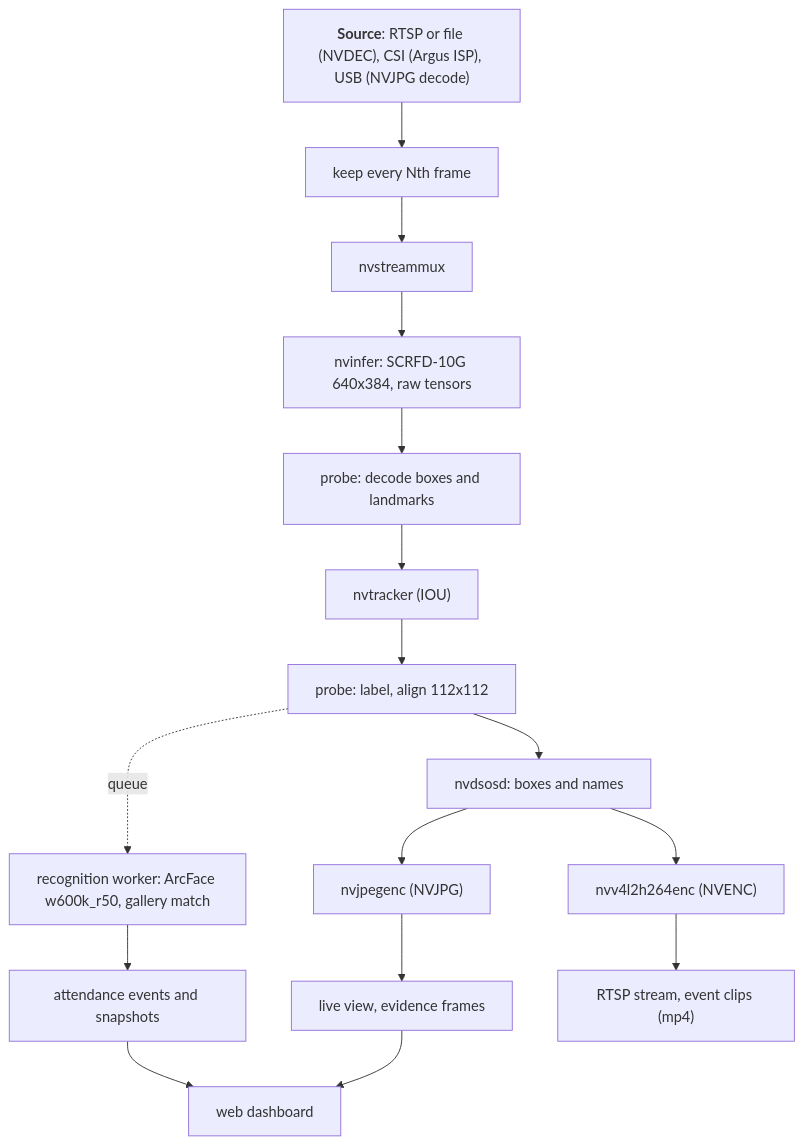
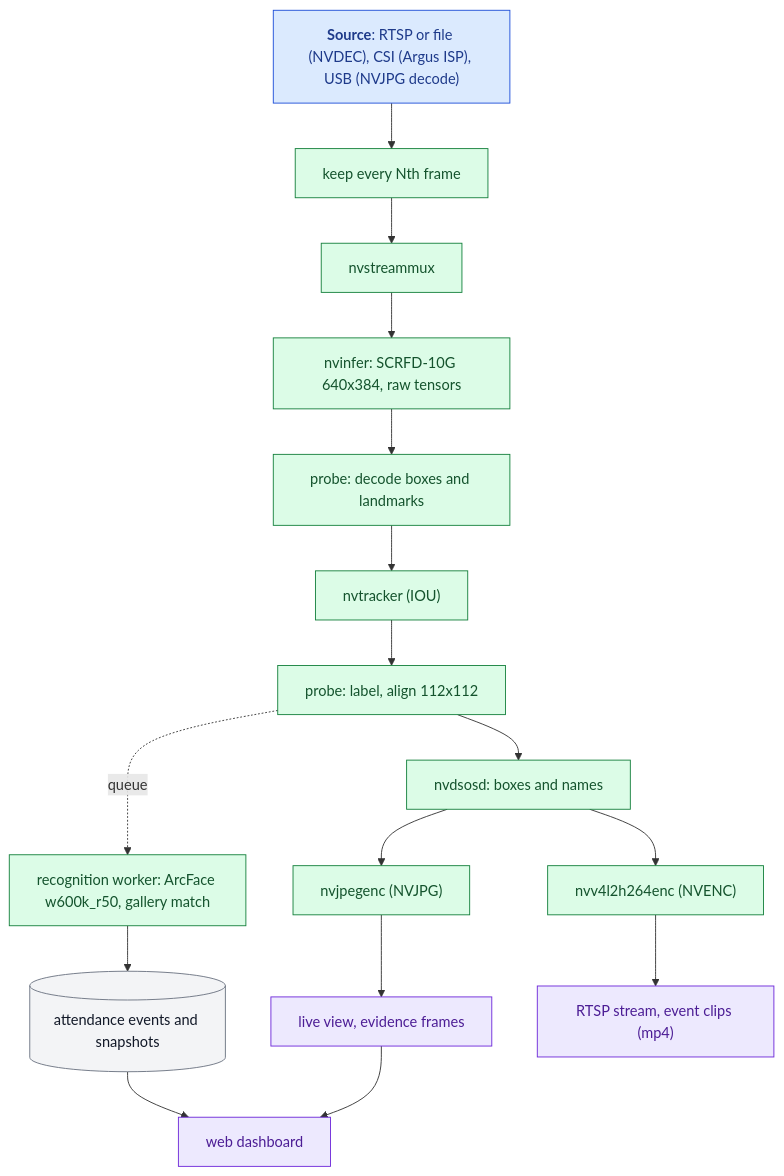
One commit to hamza-aziz-ai/Jetson-Nano-Face-Recognition-Attendance-System changed the diagram in README.md. Above: the diagram before and after it, drawn with Mermaid. The commit also changed other lines of this file and 7 other files, not shown here.

First line of the commit message:
Diagrams: Mermaid architecture and flows, rendered in CI

````diff
--- a/README.md
+++ b/README.md
@@ -38,13 +38,17 @@
 ```mermaid
 flowchart TD
-  SRC["`**Source**: RTSP or file (NVDEC), CSI (Argus ISP), USB (NVJPG decode)`"] --> DROP["`keep every Nth frame`"]
-  DROP --> MUX["`nvstreammux`"] --> DET["`nvinfer: SCRFD-10G 640x384, raw tensors`"]
-  DET --> P1["`probe: decode boxes and landmarks`"] --> TRK["`nvtracker (IOU)`"]
-  TRK --> P2["`probe: label, align 112x112`"] --> OSD["`nvdsosd: boxes and names`"]
-  P2 -. "`queue`" .-> REC["`recognition worker: ArcFace w600k_r50, gallery match`"]
-  REC --> LOG["`attendance events and snapshots`"]
-  OSD --> JPG["`nvjpegenc (NVJPG)`"] --> LIVE["`live view, evidence frames`"]
-  OSD --> ENC["`nvv4l2h264enc (NVENC)`"] --> OUT["`RTSP stream, event clips (mp4)`"]
-  LOG --> WEB["`web dashboard`"]
+  SRC["`**Source**: RTSP or file (NVDEC), CSI (Argus ISP), USB (NVJPG decode)`"]:::entry --> DROP["`keep every Nth frame`"]:::step
+  DROP --> MUX["`nvstreammux`"]:::step --> DET["`nvinfer: SCRFD-10G 640x384, raw tensors`"]:::step
+  DET --> P1["`probe: decode boxes and landmarks`"]:::step --> TRK["`nvtracker (IOU)`"]:::step
+  TRK --> P2["`probe: label, align 112x112`"]:::step --> OSD["`nvdsosd: boxes and names`"]:::step
+  P2 -. "`queue`" .-> REC["`recognition worker: ArcFace w600k_r50, gallery match`"]:::step
+  REC --> LOG[("`attendance events and snapshots`")]:::store
+  OSD --> JPG["`nvjpegenc (NVJPG)`"]:::step --> LIVE["`live view, evidence frames`"]:::outcome
+  OSD --> ENC["`nvv4l2h264enc (NVENC)`"]:::step --> OUT["`RTSP stream, event clips (mp4)`"]:::outcome
+  LOG --> WEB["`web dashboard`"]:::outcome
   LIVE --> WEB
+  classDef entry fill:#dbeafe,stroke:#1d4ed8,color:#1e3a8a
+  classDef step fill:#dcfce7,stroke:#15803d,color:#14532d
+  classDef outcome fill:#ede9fe,stroke:#6d28d9,color:#4c1d95
+  classDef store fill:#f3f4f6,stroke:#6b7280,color:#111827
 ```
````
